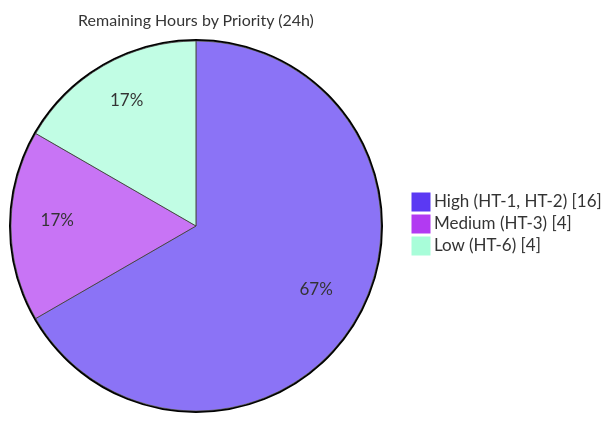
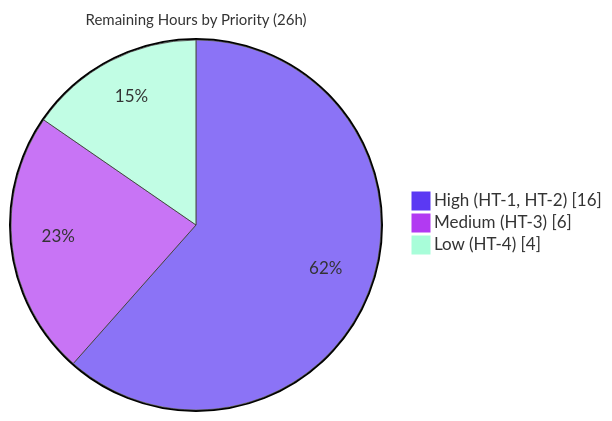
The fourth of 4 diagrams in blitzy/documentation/Project Guide.md (blitzy-public-samples/ardupilot-blitzy), drawn with Mermaid before and after one commit. The commit also changed other lines of this file, not shown here.

````diff
--- a/blitzy/documentation/Project Guide.md
+++ b/blitzy/documentation/Project Guide.md
@@ -328,7 +296,7 @@
 ```mermaid
-%%{init: {'theme':'base', 'themeVariables': {'pie1':'#5B39F3','pie2':'#B23AF2','pie3':'#A8FDD9','pieStrokeColor':'#333333','pieStrokeWidth':'1px','pieTitleTextSize':'16px'}}}%%
-pie showData title Remaining Hours by Priority (24h)
+%%{init: {'theme':'base','themeVariables':{'pie1':'#5B39F3','pie2':'#B23AF2','pie3':'#A8FDD9','pieStrokeColor':'#333333','pieStrokeWidth':'1px','pieTitleTextSize':'15px'}}}%%
+pie showData title Remaining Hours by Priority (26h)
     "High (HT-1, HT-2)" : 16
-    "Medium (HT-3)" : 4
-    "Low (HT-6)" : 4
+    "Medium (HT-3)" : 6
+    "Low (HT-4)" : 4
 ```
````
